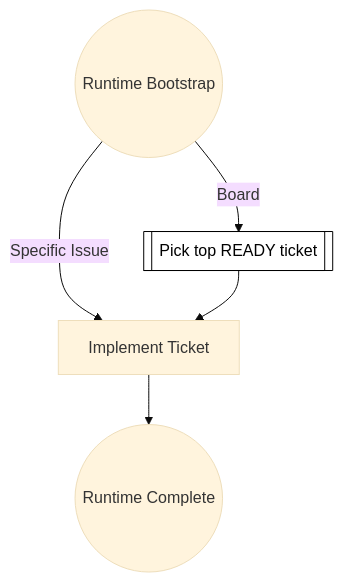
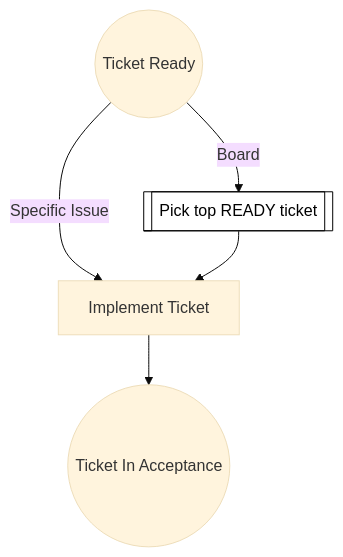
The second of 54 diagrams in docs/process-diagram.md (optivem/gh-optivem), drawn with Mermaid (base theme) before and after one commit. The commit also changed other lines of this file and 47 other files, not shown here.

````diff
--- a/docs/process-diagram.md
+++ b/docs/process-diagram.md
@@ -60,15 +60,15 @@
 ```mermaid
 flowchart TD
-    END((Runtime Complete))
+    END((Ticket In Acceptance))
     IMPLEMENT_TICKET[Implement Ticket]
     PICK_TOP_READY[[Pick top READY ticket]]
-    START((Runtime Bootstrap))
+    START((Ticket Ready))
 
     START -- Board --> PICK_TOP_READY
     START -- Specific Issue --> IMPLEMENT_TICKET
     PICK_TOP_READY --> IMPLEMENT_TICKET
     IMPLEMENT_TICKET --> END
 
     classDef serviceNode fill:#ffffff,stroke:#000000,stroke-width:1px,color:#000000
     class PICK_TOP_READY serviceNode
 ```
````
